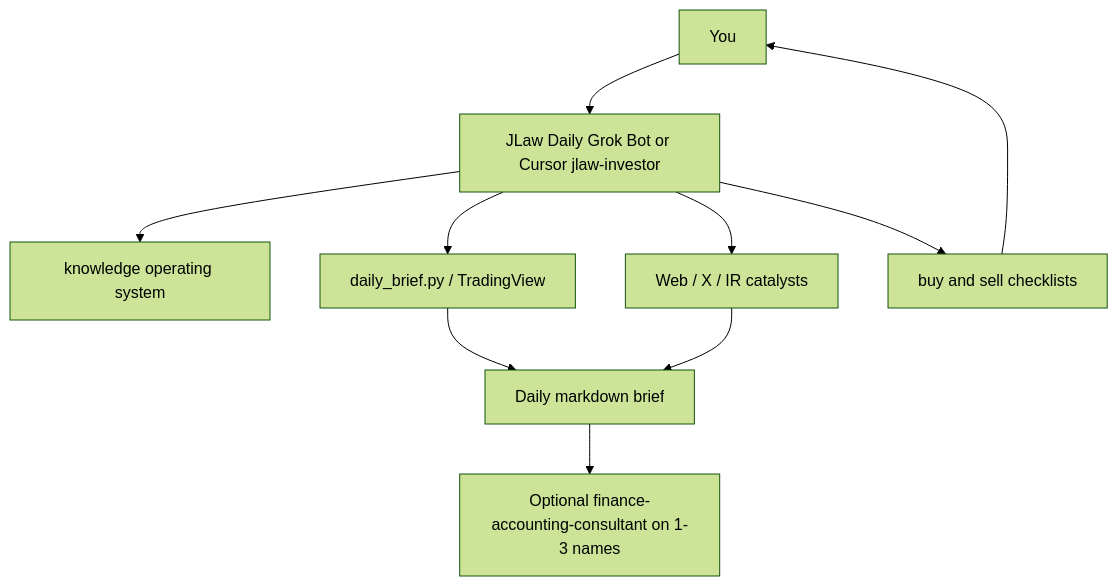
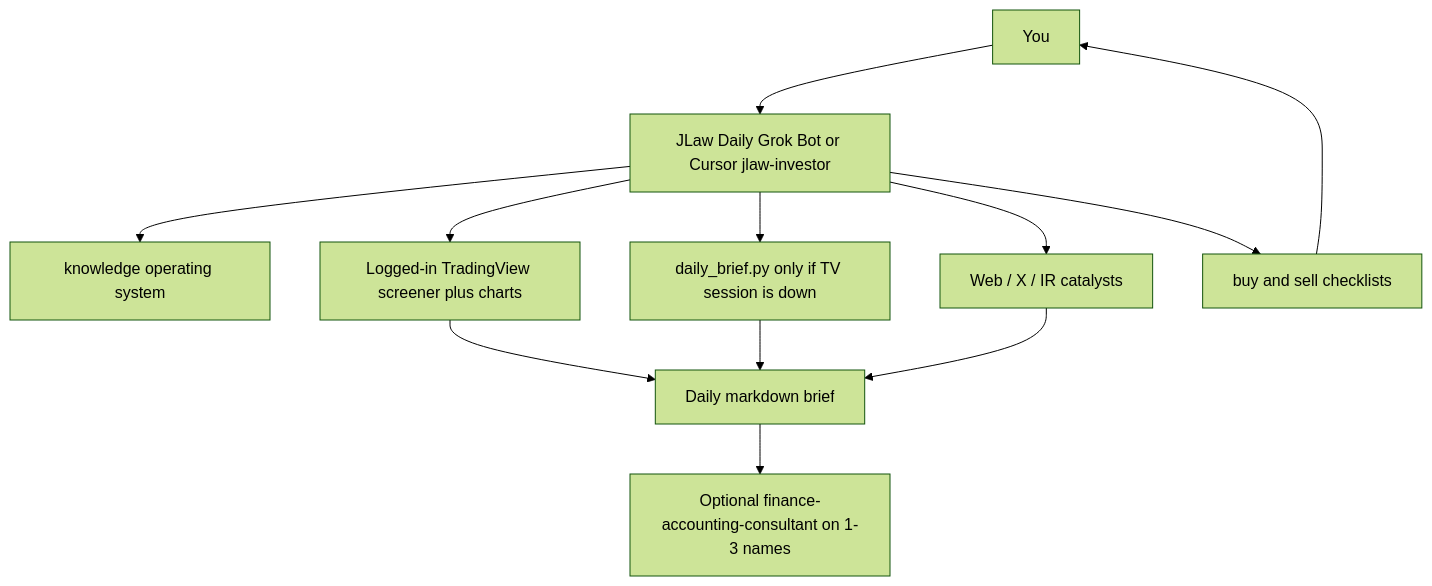
One commit to jackiechow4567-arch/Consultant-agents changed the diagram in investment/README.md. Above: the diagram before and after it, drawn with Mermaid (forest theme). The commit also changed other lines of this file and 13 other files, not shown here.

First line of the commit message:
Use logged-in TradingView as the primary JLaw screen

````diff
--- a/investment/README.md
+++ b/investment/README.md
@@ -80,12 +83,14 @@
 ```mermaid
 flowchart TB
   You[You] --> Bot[JLaw Daily Grok Bot or Cursor jlaw-investor]
   Bot --> OS[knowledge operating system]
-  Bot --> Screen[daily_brief.py / TradingView]
+  Bot --> Screen[Logged-in TradingView screener plus charts]
+  Bot --> Fallback[daily_brief.py only if TV session is down]
   Bot --> News[Web / X / IR catalysts]
   Bot --> Gate[buy and sell checklists]
   Screen --> Brief[Daily markdown brief]
+  Fallback --> Brief
   News --> Brief
   Gate --> You
   Brief --> FA[Optional finance-accounting-consultant on 1-3 names]
 ```
````
